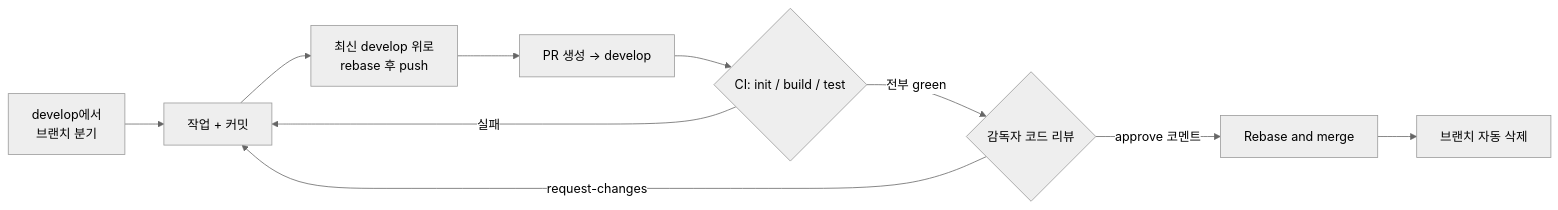
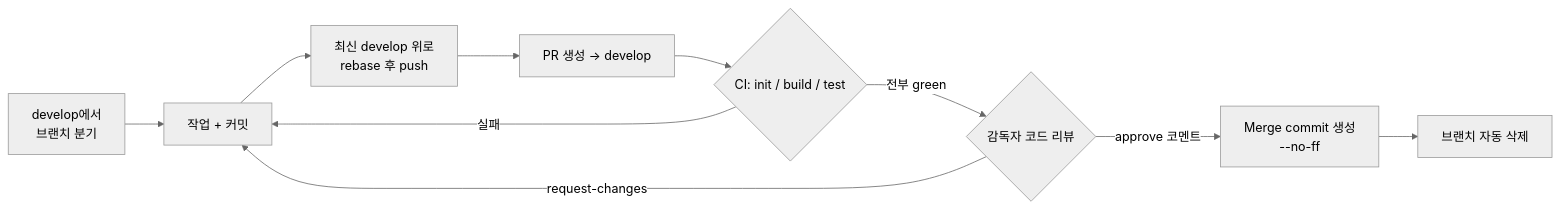
The fourth of 5 diagrams in README.md (hyunpaper/NqWithAstara), drawn with Mermaid (neutral theme) before and after one commit. The commit also changed other lines of this file, not shown here.

First line of the commit message:
refactor(COMMON): 머지 전략을 merge commit으로 전환, 기능 단위 커밋 규칙 추가 [claude]

````diff
--- a/README.md
+++ b/README.md
@@ -135,12 +135,12 @@
 ```mermaid
 flowchart LR
     A[develop에서<br>브랜치 분기] --> B[작업 + 커밋]
     B --> C[최신 develop 위로<br>rebase 후 push]
     C --> D[PR 생성 → develop]
     D --> E{CI: init / build / test}
     E -->|실패| B
     E -->|전부 green| R{감독자 코드 리뷰}
     R -->|request-changes| B
-    R -->|approve 코멘트| F[Rebase and merge]
+    R -->|approve 코멘트| F[Merge commit 생성<br>--no-ff]
     F --> G[브랜치 자동 삭제]
 ```
````
